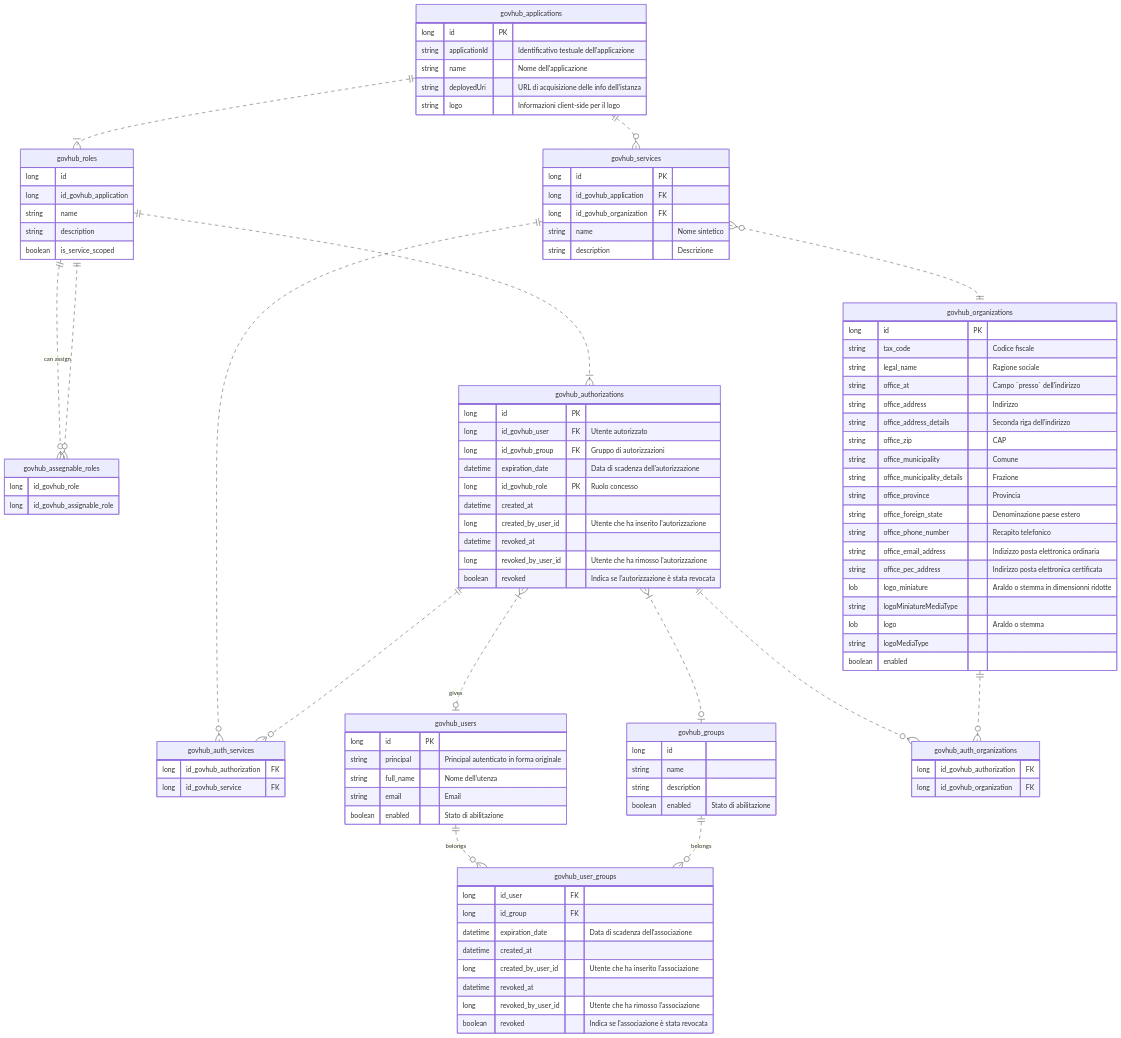
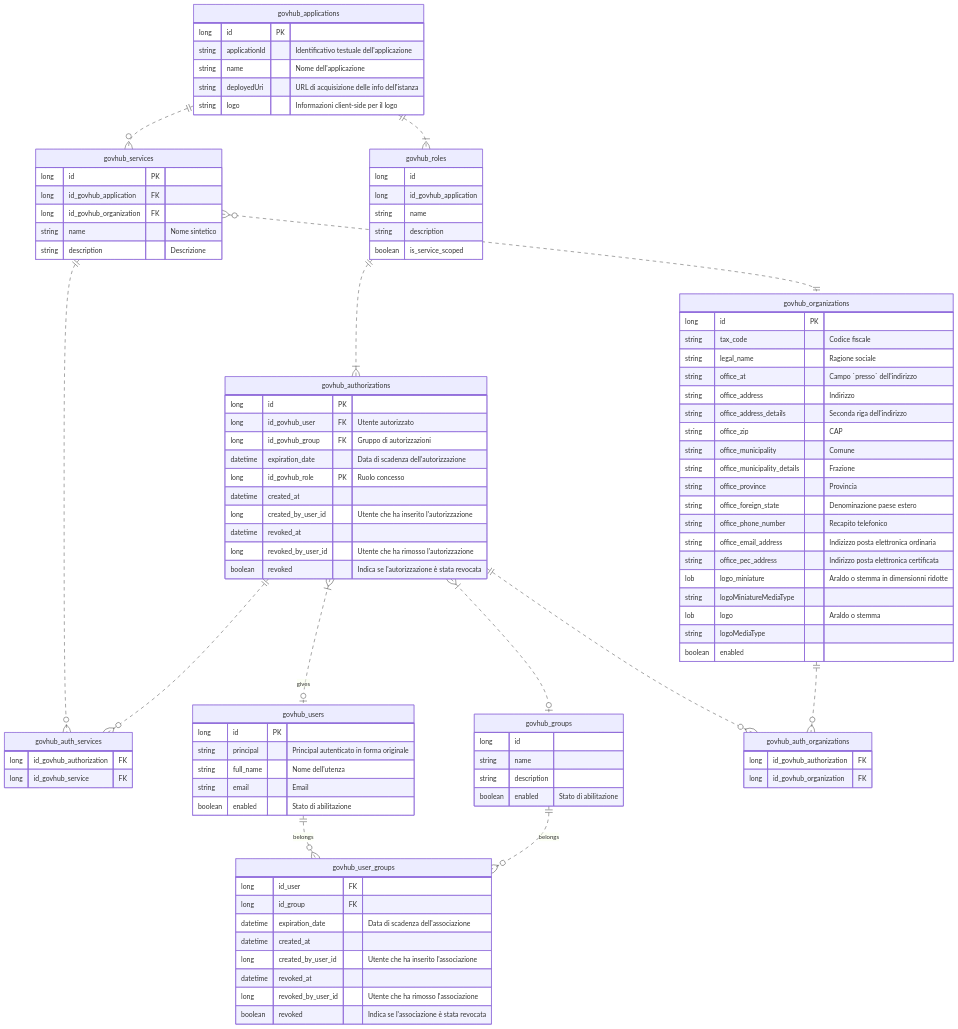
One commit to link-it/govregistry-docs changed the diagram in specifiche-tecniche/schema-dati.md. Above: the diagram before and after it, drawn with Mermaid.

Commit message:
Rimossa tabella assignable_roles

````diff
--- a/specifiche-tecniche/schema-dati.md
+++ b/specifiche-tecniche/schema-dati.md
@@ -7,8 +7,6 @@
 
     govhub_applications ||..o{ govhub_services : ""
     govhub_applications ||..|{ govhub_roles : ""
-    govhub_roles ||..o{ govhub_assegnable_roles : "can assign"   
-    govhub_assegnable_roles }o..|| govhub_roles : ""
     govhub_roles ||..|{ govhub_authorizations : ""
     govhub_services }o..|| govhub_organizations  : ""
     govhub_services ||..o{ govhub_auth_services : ""
@@ -116,10 +114,5 @@
         boolean is_service_scoped
     }
 
-    govhub_assegnable_roles {
-        long id_govhub_role
-        long id_govhub_assignable_role
-    }
-
 
 ```
````
